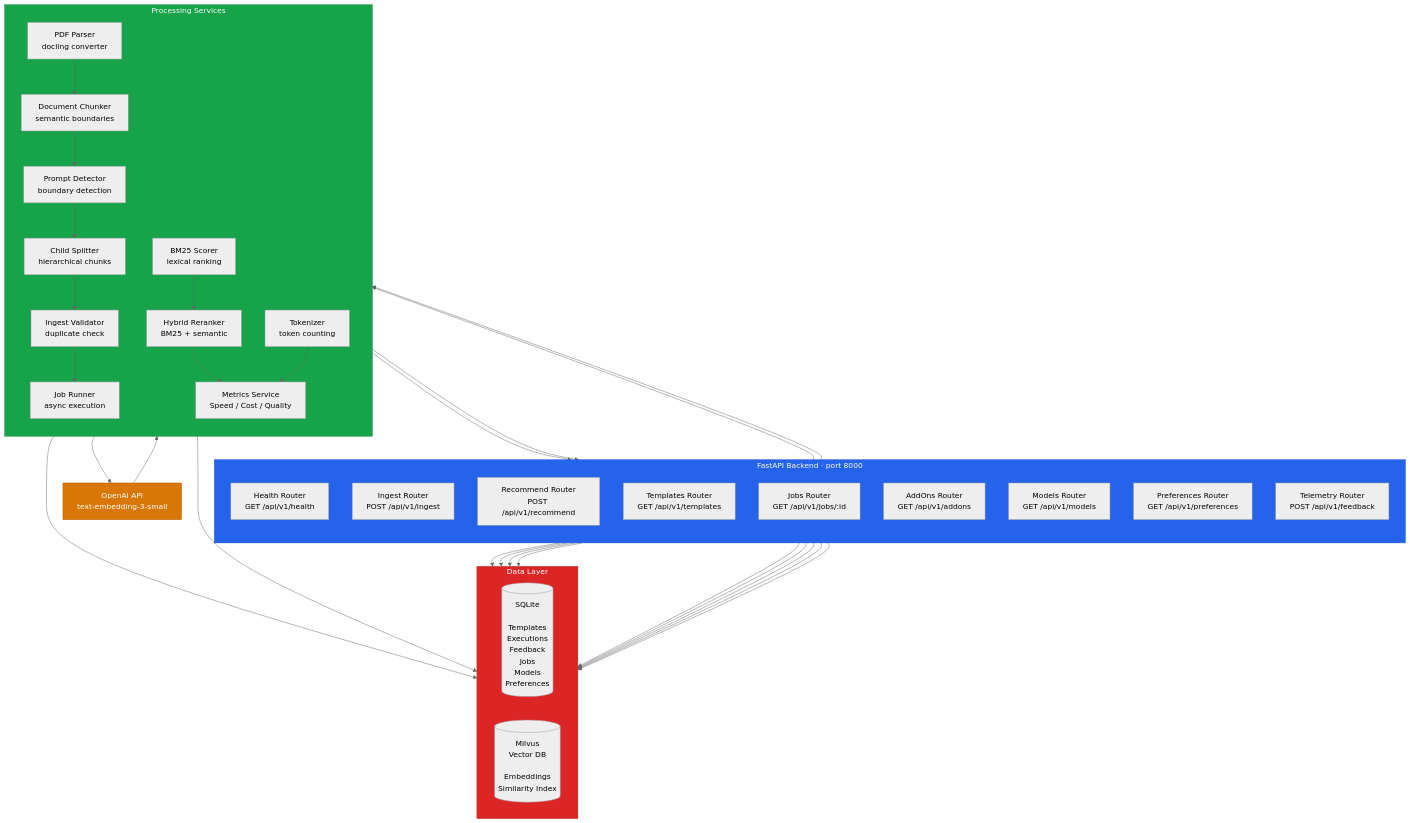
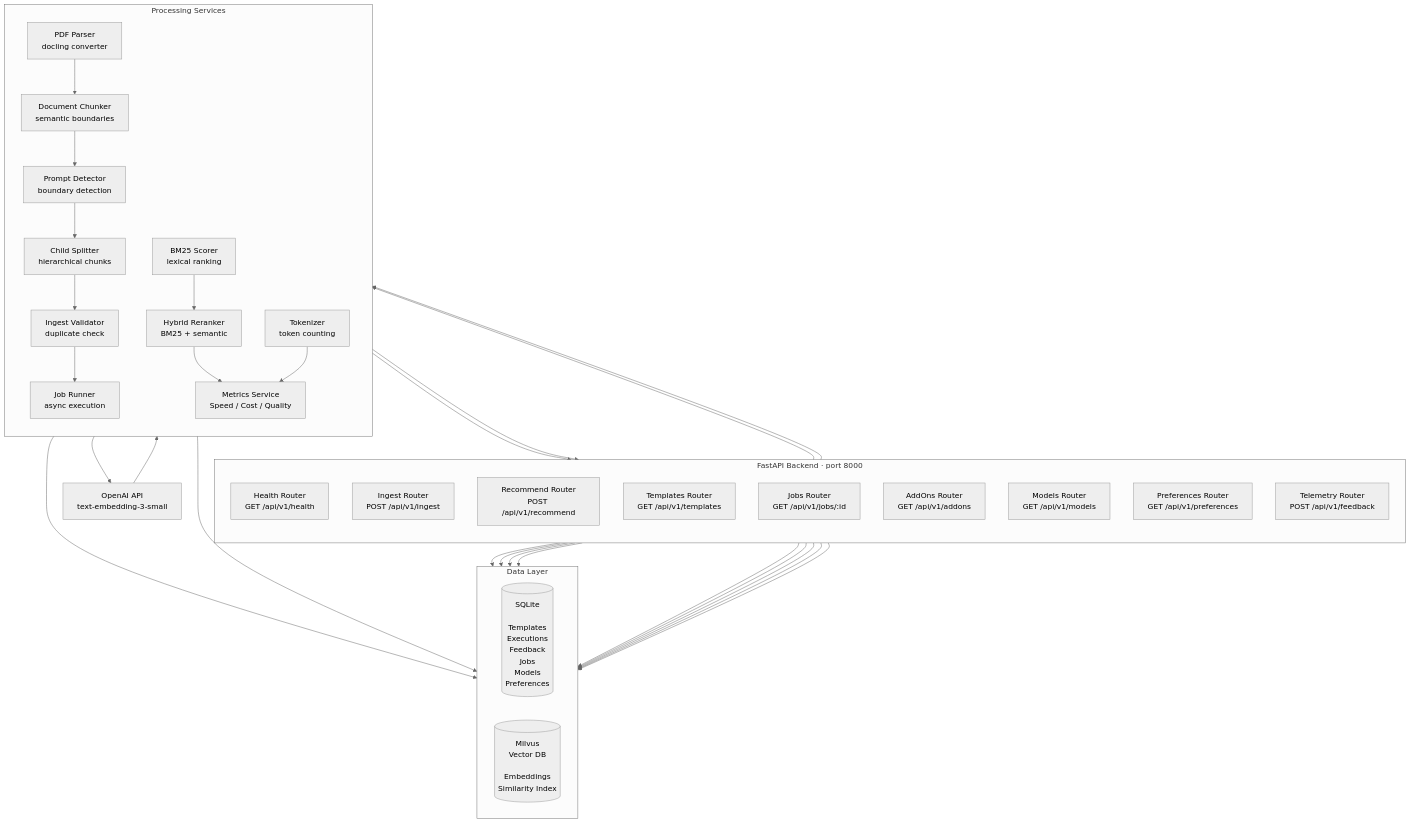
Diagram 12 of 14 in docs/diagrams.md (Escanor4323/Promptee), drawn with Mermaid (neutral theme) before and after one commit. The commit also changed other lines of this file and 2 other files, not shown here.

````diff
--- a/docs/diagrams.md
+++ b/docs/diagrams.md
@@ -466,73 +466,69 @@
 ```mermaid
 graph TB
     subgraph API["FastAPI Backend  ·  port 8000"]
         direction TB
         HealthR["Health Router\nGET /api/v1/health"]
         IngestR["Ingest Router\nPOST /api/v1/ingest"]
         RecommendR["Recommend Router\nPOST /api/v1/recommend"]
         TemplatesR["Templates Router\nGET /api/v1/templates"]
         JobsR["Jobs Router\nGET /api/v1/jobs/:id"]
         AddOnsR["AddOns Router\nGET /api/v1/addons"]
         ModelsR["Models Router\nGET /api/v1/models"]
         PrefsR["Preferences Router\nGET /api/v1/preferences"]
         TelemetryR["Telemetry Router\nPOST /api/v1/feedback"]
     end
 
     subgraph SVC["Processing Services"]
         direction TB
         PDFParser["PDF Parser\ndocling converter"]
         Chunker["Document Chunker\nsemantic boundaries"]
         PromptDetector["Prompt Detector\nboundary detection"]
         ChildSplitter["Child Splitter\nhierarchical chunks"]
         IngestValidator["Ingest Validator\nduplicate check"]
         JobRunner["Job Runner\nasync execution"]
         BM25["BM25 Scorer\nlexical ranking"]
         Tokenizer["Tokenizer\ntoken counting"]
         Reranker["Hybrid Reranker\nBM25 + semantic"]
         Metrics["Metrics Service\nSpeed / Cost / Quality"]
     end
 
     subgraph DB["Data Layer"]
         direction LR
         SQLite[("SQLite\n\nTemplates\nExecutions\nFeedback\nJobs\nModels\nPreferences")]
         Milvus[("Milvus\nVector DB\n\nEmbeddings\nSimilarity Index")]
     end
 
     OpenAI["OpenAI API\ntext-embedding-3-small"]
 
     %% Ingest pipeline
     IngestR --> PDFParser
     PDFParser --> Chunker
     Chunker --> PromptDetector
     PromptDetector --> ChildSplitter
     ChildSplitter --> IngestValidator
     IngestValidator --> JobRunner
     JobRunner --> OpenAI
     OpenAI --> JobRunner
     JobRunner --> Milvus
     JobRunner --> SQLite
 
     %% Recommend pipeline
     RecommendR --> Milvus
     RecommendR --> SQLite
     RecommendR --> BM25
     BM25 --> Reranker
     Reranker --> AddOnsR
     Reranker --> Metrics
     Metrics --> TelemetryR
     TelemetryR --> SQLite
     Tokenizer --> Metrics
 
     %% Health & CRUD
     HealthR --> SQLite
     HealthR --> Milvus
     TemplatesR --> SQLite
     JobsR --> SQLite
     ModelsR --> SQLite
     PrefsR --> SQLite
 
-    style API fill:#2563EB,color:#fff,stroke:#1D4ED8
-    style SVC fill:#16A34A,color:#fff,stroke:#15803D
-    style DB  fill:#DC2626,color:#fff,stroke:#B91C1C
-    style OpenAI fill:#D97706,color:#fff,stroke:#B45309
 ```
````
